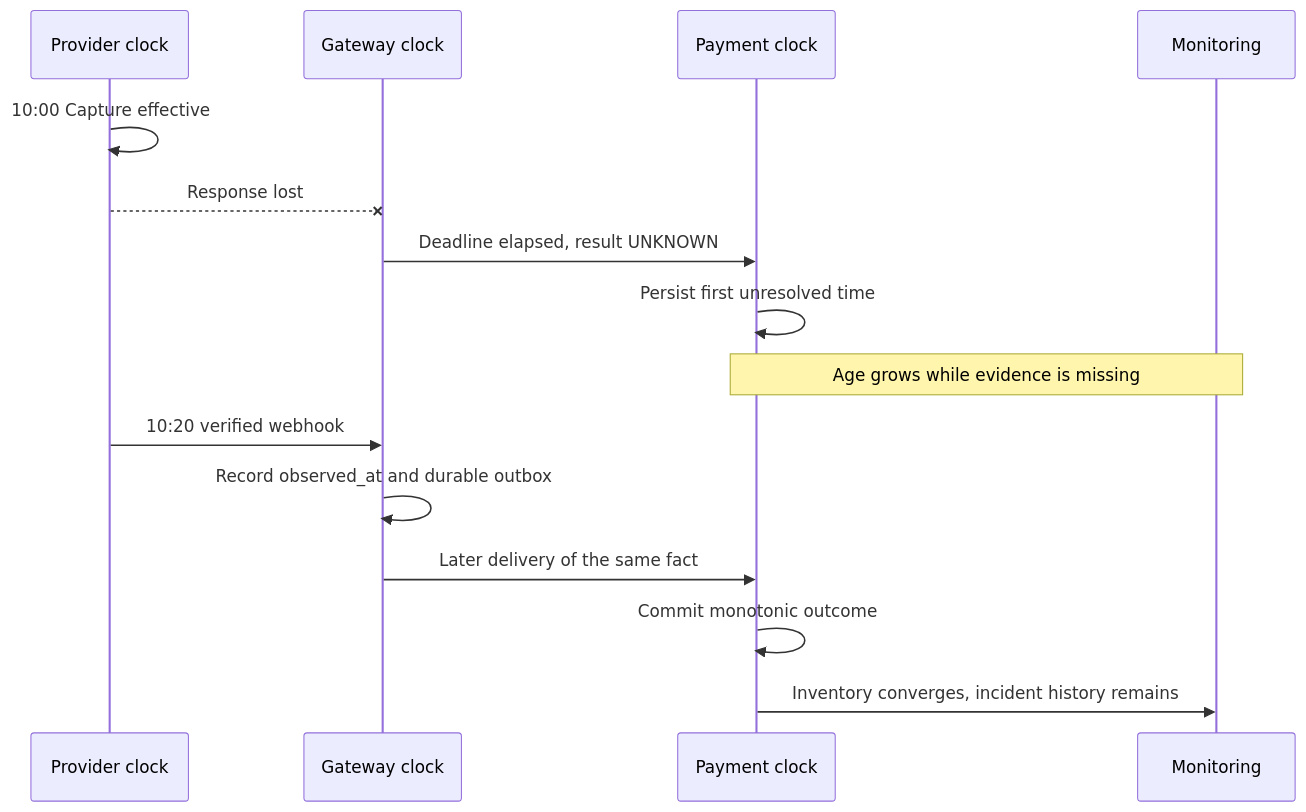
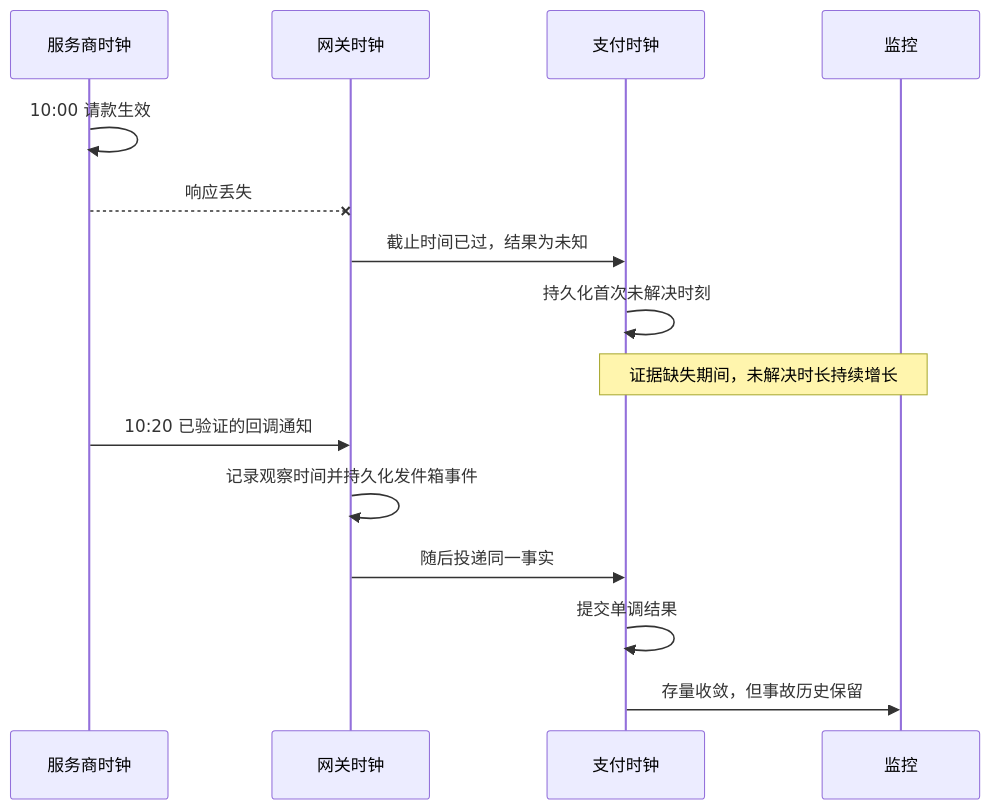
Before and after one commit to YouEclipse/Designing-Modern-Payment-Systems: the third of 4 diagrams in part-4-operating-at-scale/observability.md, drawn with Mermaid. The commit also changed other lines of this file and 59 other files, not shown here.

````diff
--- a/part-4-operating-at-scale/observability.md
+++ b/part-4-operating-at-scale/observability.md
@@ -333,17 +333,17 @@
 ```mermaid
 sequenceDiagram
-    participant PSP as Provider clock
-    participant G as Gateway clock
-    participant P as Payment clock
-    participant M as Monitoring
-    PSP->>PSP: 10:00 Capture effective
-    PSP--xG: Response lost
-    G->>P: Deadline elapsed, result UNKNOWN
-    P->>P: Persist first unresolved time
-    Note over P,M: Age grows while evidence is missing
-    PSP->>G: 10:20 verified webhook
-    G->>G: Record observed_at and durable outbox
-    G->>P: Later delivery of the same fact
-    P->>P: Commit monotonic outcome
-    P->>M: Inventory converges, incident history remains
+    participant PSP as 服务商时钟
+    participant G as 网关时钟
+    participant P as 支付时钟
+    participant M as 监控
+    PSP->>PSP: 10:00 请款生效
+    PSP--xG: 响应丢失
+    G->>P: 截止时间已过，结果为未知
+    P->>P: 持久化首次未解决时刻
+    Note over P,M: 证据缺失期间，未解决时长持续增长
+    PSP->>G: 10:20 已验证的回调通知
+    G->>G: 记录观察时间并持久化发件箱事件
+    G->>P: 随后投递同一事实
+    P->>P: 提交单调结果
+    P->>M: 存量收敛，但事故历史保留
 ```
````
